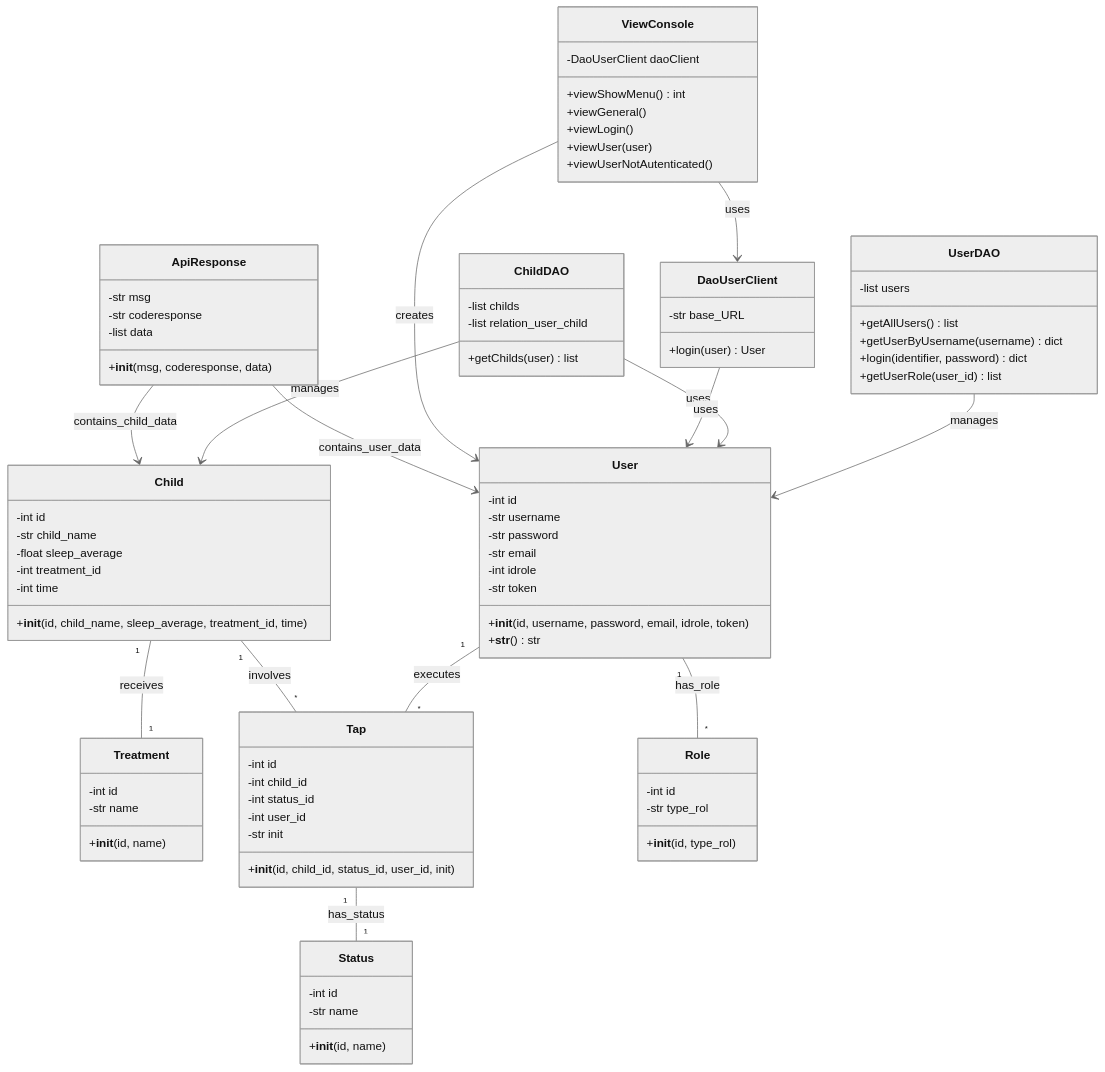
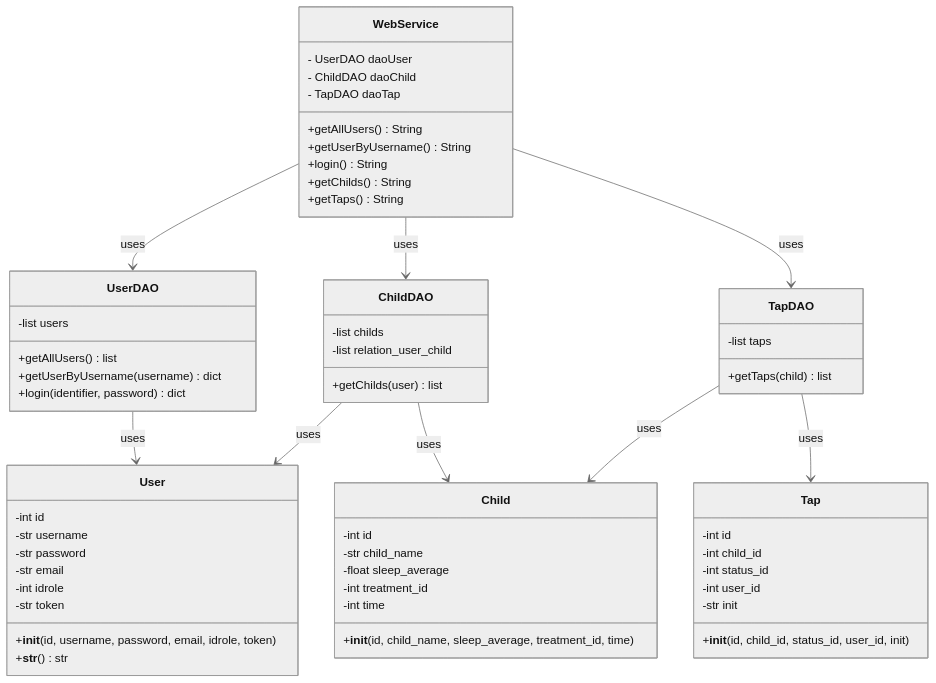
One commit to amallad2/entorns2526 changed the diagram in charts/classdiagramServerP2.mermaid. Above: the diagram before and after it, drawn with Mermaid (neutral theme).

```diff
--- a/charts/classdiagramServerP2.mermaid
+++ b/charts/classdiagramServerP2.mermaid
@@ -1,108 +1,71 @@
 classDiagram
     %% === ENTITATS DE MODEL ===
     class User {
         -int id
         -str username
         -str password
         -str email
         -int idrole
         -str token
         +__init__(id, username, password, email, idrole, token)
         +__str__() str
     }
 
     class Child {
         -int id
         -str child_name
         -float sleep_average
         -int treatment_id
         -int time
         +__init__(id, child_name, sleep_average, treatment_id, time)
     }
 
-    class Treatment {
-        -int id
-        -str name
-        +__init__(id, name)
-    }
-
     class Tap {
         -int id
         -int child_id
         -int status_id
         -int user_id
         -str init
         +__init__(id, child_id, status_id, user_id, init)
     }
 
-    class Status {
-        -int id
-        -str name
-        +__init__(id, name)
-    }
-
-    class Role {
-        -int id
-        -str type_rol
-        +__init__(id, type_rol)
-    }
-
     %% === CAPA DAO (ACCESS LAYER) - SERVIDOR ===
     class UserDAO {
         -list users
         +getAllUsers() list
         +getUserByUsername(username) dict
         +login(identifier, password) dict
-        +getUserRole(user_id) list
     }
 
     class ChildDAO {
         -list childs
         -list relation_user_child
         +getChilds(user) list
     }
 
-    %% === CAPA DAO (ACCESS LAYER) - CLIENT ===
-    class DaoUserClient {
-        -str base_URL
-        +login(user) User
+
+    class TapDAO {
+        -list taps
+        +getTaps(child) list
     }
 
-    %% === CAPA VIEW ===
-    class ViewConsole {
-        -DaoUserClient daoClient
-        +viewShowMenu() int
-        +viewGeneral()
-        +viewLogin()
-        +viewUser(user)
-        +viewUserNotAutenticated()
+
+    class WebService {
+        - UserDAO daoUser
+        - ChildDAO daoChild
+        - TapDAO daoTap
+        +getAllUsers() String
+        +getUserByUsername() String
+        +login() String
+        +getChilds() String
+        +getTaps() String
     }
 
-    %% === ESTRUCTURA API ===
-    class ApiResponse {
-        -str msg
-        -str coderesponse
-        -list data
-        +__init__(msg, coderesponse, data)
-    }
-
-    %% === RELACIONS DE MODEL ===
-    User "1" -- "*" Tap : executes
-    User "1" -- "*" Role : has_role
-    Child "1" -- "*" Tap : involves
-    Child "1" -- "1" Treatment : receives
-    Tap "1" -- "1" Status : has_status
-    
-    %% === RELACIONS DAO-MODEL (Control/Gestió) ===
-    UserDAO --> User : manages
-    ChildDAO --> Child : manages
+    UserDAO --> User : uses
+    ChildDAO --> Child : uses
     ChildDAO --> User : uses
-    
-    %% === RELACIONS CLIENT-DAO ===
-    DaoUserClient --> User : uses
-    ViewConsole --> DaoUserClient : uses
-    ViewConsole --> User : creates
-    
-    %% === RELACIONS API ===
-    ApiResponse --> User : contains_user_data
-    ApiResponse --> Child : contains_child_data
+    TapDAO --> Tap : uses
+    TapDAO --> Child : uses
+    WebService --> UserDAO : uses
+    WebService --> ChildDAO : uses
+    WebService --> TapDAO : uses
```
